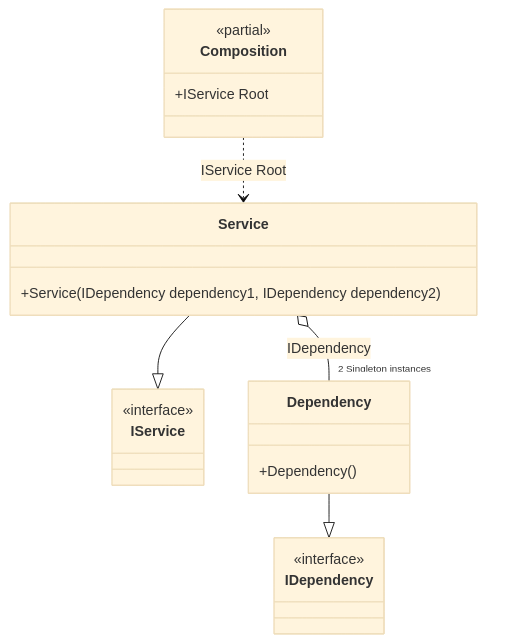
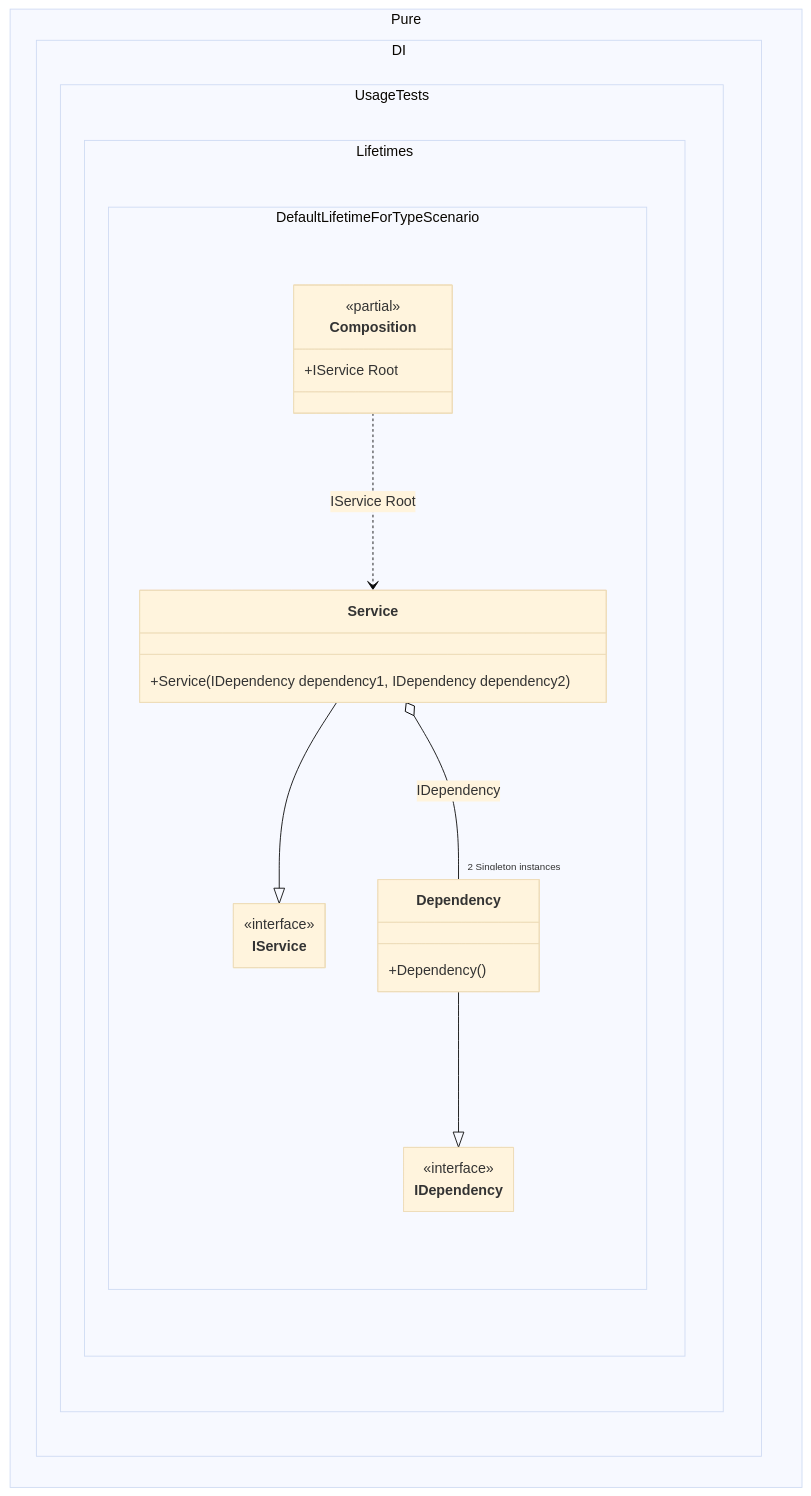
One commit to DevTeam/Pure.DI changed the diagram in readme/default-lifetime-for-a-type.md. Above: the diagram before and after it, drawn with Mermaid (base theme). The commit also changed 103 other files, not shown here.

Commit message:
Improved class diagrams

````diff
--- a/readme/default-lifetime-for-a-type.md
+++ b/readme/default-lifetime-for-a-type.md
@@ -94,23 +94,30 @@
 ```mermaid
+---
+ config:
+  class:
+   hideEmptyMembersBox: true
+---
 classDiagram
-	class Composition {
+	Service --|> IService
+	Dependency --|> IDependency
+	Composition ..> Service : IService Root
+	Service o-- "2 Singleton instances" Dependency : IDependency
+	namespace Pure.DI.UsageTests.Lifetimes.DefaultLifetimeForTypeScenario {
+		class Composition {
 		<<partial>>
 		+IService Root
+		}
+		class Dependency {
+			+Dependency()
+		}
+		class IDependency {
+			<<interface>>
+		}
+		class IService {
+			<<interface>>
+		}
+		class Service {
+			+Service(IDependency dependency1, IDependency dependency2)
+		}
 	}
-	Service --|> IService
-	class Service {
-		+Service(IDependency dependency1, IDependency dependency2)
-	}
-	Dependency --|> IDependency
-	class Dependency {
-		+Dependency()
-	}
-	class IService {
-		<<interface>>
-	}
-	class IDependency {
-		<<interface>>
-	}
-	Composition ..> Service : IService Root
-	Service o-- "2 Singleton instances" Dependency : IDependency
 ```
````
